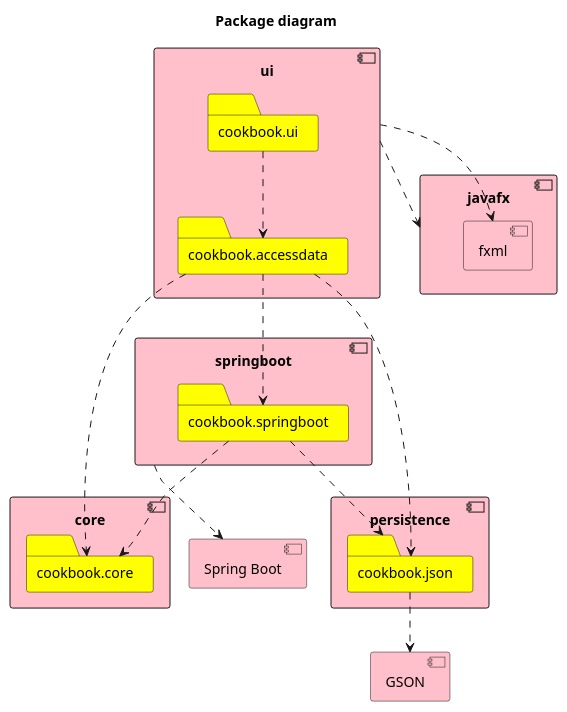
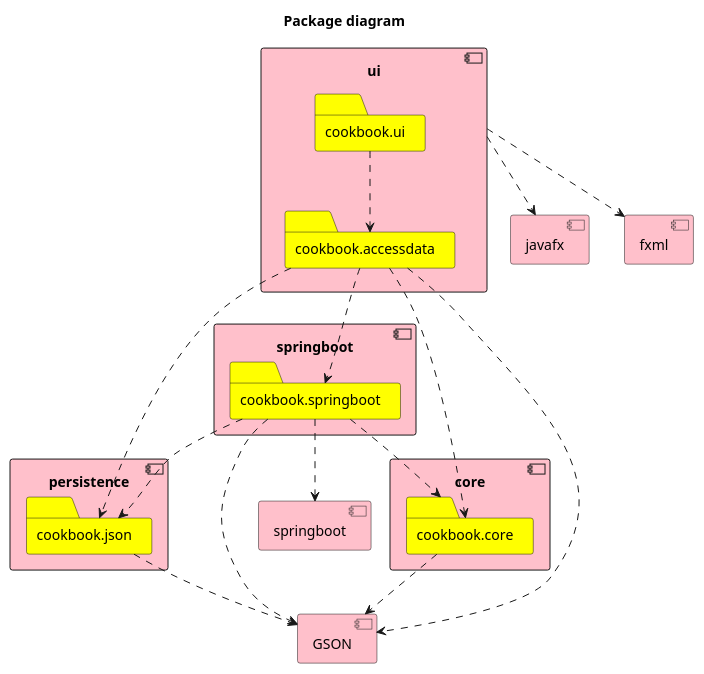
One commit to TobiasBorning/Cookbook changed the diagram in cookbook-project/diagrams/src/packageDiagram.puml. Above: the diagram before and after it, drawn with PlantUML. The commit also changed 5 other files, not shown here.

First line of the commit message:
[Documentaion] Updated the diagrams

```diff
--- a/cookbook-project/diagrams/src/packageDiagram.puml
+++ b/cookbook-project/diagrams/src/packageDiagram.puml
@@ -1,56 +1,60 @@
 @startuml packageDiagram
 
 title Package diagram
 
 component core{
-    folder cookbook.core   
+    folder cookbook.core
 }
+cookbook.core ..> GSON
 
 component persistence{
     folder cookbook.json
 }
 
 cookbook.json ..> GSON
 
 component GSON{
 }
 
 component ui{
     folder cookbook.ui
     folder cookbook.accessdata
 }
 
-component javafx {
-	component fxml {
-	}
+component javafx {	
+}
+component fxml {
 }
 
 ui ..> javafx
 ui ..> fxml
 cookbook.ui ..> cookbook.accessdata
 
 
-component "springboot" as springboot.restserver  {
+component "springboot" as springboot {
     folder cookbook.springboot
 }
 
-component "Spring Boot" as springboot{
+component "springboot" as springbootdependency{
 }
 
 cookbook.accessdata ..> cookbook.json
 cookbook.accessdata ..> cookbook.core
 cookbook.accessdata ..> cookbook.springboot
+cookbook.accessdata ..> GSON
+
 cookbook.springboot ..> cookbook.core
 cookbook.springboot ..> cookbook.json
+cookbook.springboot ..> GSON
 
-springboot.restserver ..> springboot
+cookbook.springboot ..> springbootdependency
 
 skinparam folder{
     BackgroundColor Yellow
 }
 
 skinparam component{
     BackgroundColor Pink
 }
 
 @enduml
```
